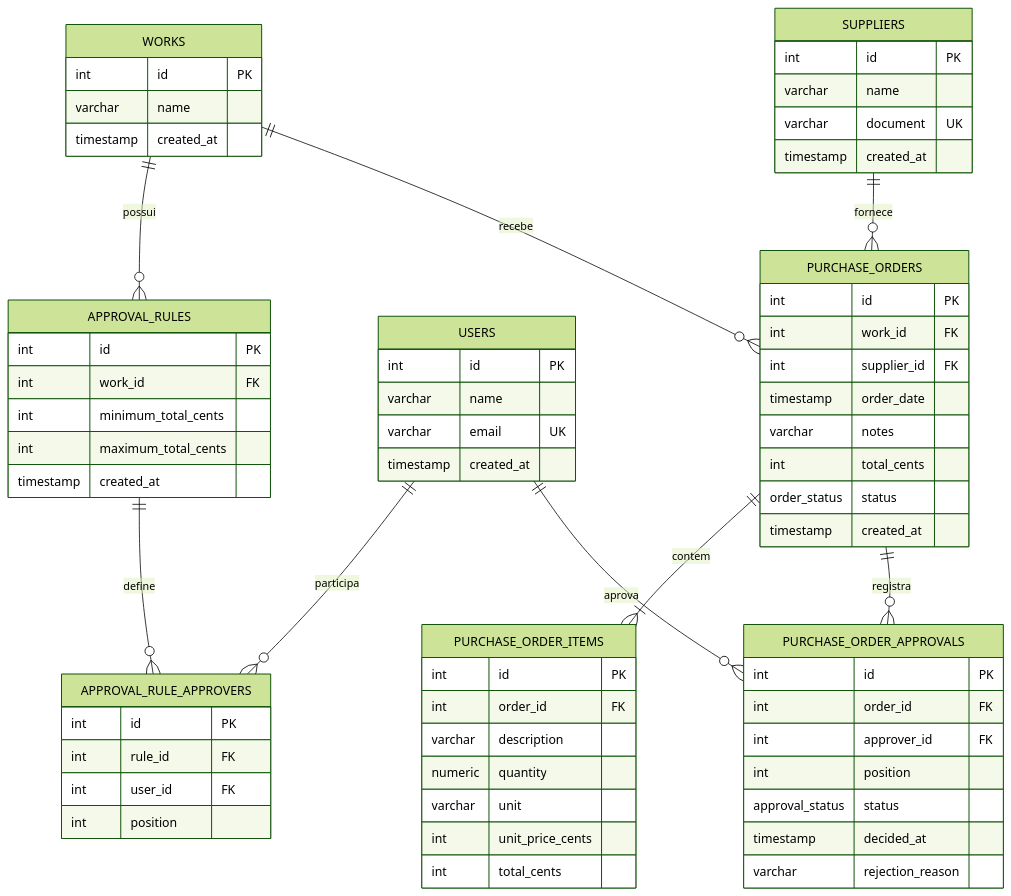
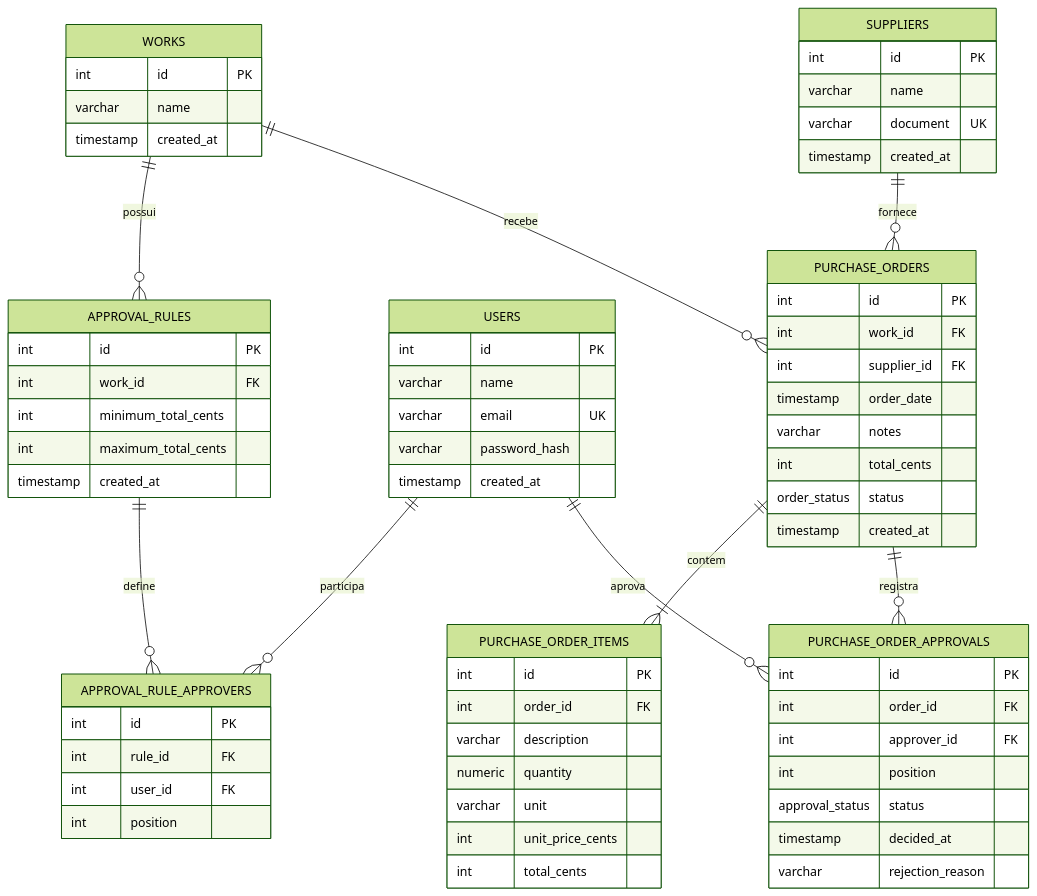
The diagram in README.md (LucasC-Soares/obraflow-case), drawn with Mermaid (forest theme) before and after one commit. The commit also changed 11 other files, not shown here.

````diff
--- a/README.md
+++ b/README.md
@@ -244,78 +244,79 @@
 ```mermaid
 erDiagram
     WORKS ||--o{ APPROVAL_RULES : possui
     APPROVAL_RULES ||--o{ APPROVAL_RULE_APPROVERS : define
     USERS ||--o{ APPROVAL_RULE_APPROVERS : participa
 
     WORKS ||--o{ PURCHASE_ORDERS : recebe
     SUPPLIERS ||--o{ PURCHASE_ORDERS : fornece
     PURCHASE_ORDERS ||--|{ PURCHASE_ORDER_ITEMS : contem
     PURCHASE_ORDERS ||--o{ PURCHASE_ORDER_APPROVALS : registra
     USERS ||--o{ PURCHASE_ORDER_APPROVALS : aprova
 
     WORKS {
         int id PK
         varchar name
         timestamp created_at
     }
 
     USERS {
         int id PK
         varchar name
         varchar email UK
+        varchar password_hash
         timestamp created_at
     }
 
     SUPPLIERS {
         int id PK
         varchar name
         varchar document UK
         timestamp created_at
     }
 
     APPROVAL_RULES {
         int id PK
         int work_id FK
         int minimum_total_cents
         int maximum_total_cents
         timestamp created_at
     }
 
     APPROVAL_RULE_APPROVERS {
         int id PK
         int rule_id FK
         int user_id FK
         int position
     }
 
     PURCHASE_ORDERS {
         int id PK
         int work_id FK
         int supplier_id FK
         timestamp order_date
         varchar notes
         int total_cents
         order_status status
         timestamp created_at
     }
 
     PURCHASE_ORDER_ITEMS {
         int id PK
         int order_id FK
         varchar description
         numeric quantity
         varchar unit
         int unit_price_cents
         int total_cents
     }
 
     PURCHASE_ORDER_APPROVALS {
         int id PK
         int order_id FK
         int approver_id FK
         int position
         approval_status status
         timestamp decided_at
         varchar rejection_reason
     }
 ```
````
